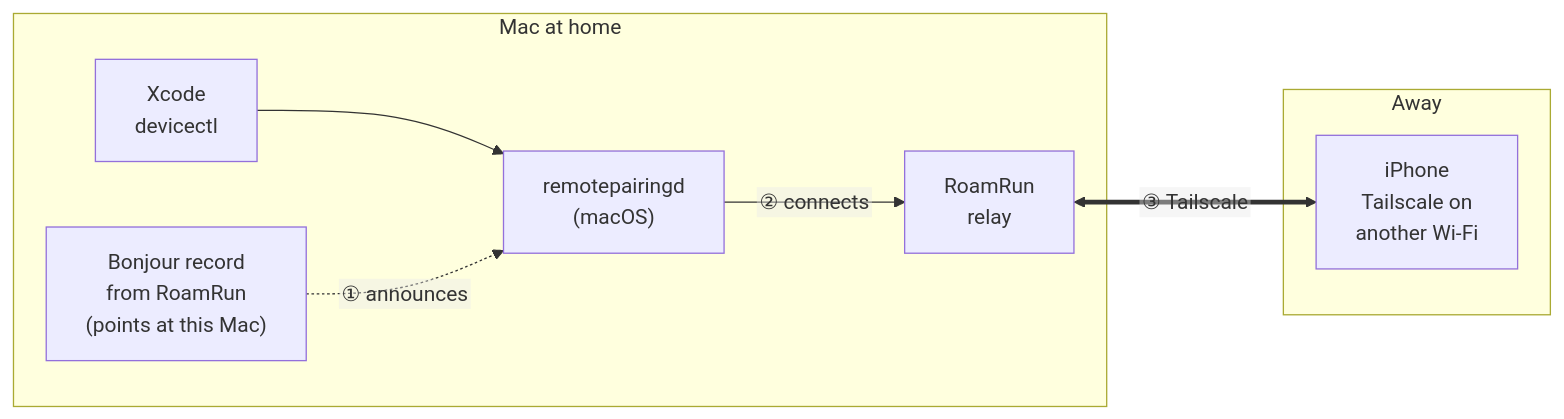
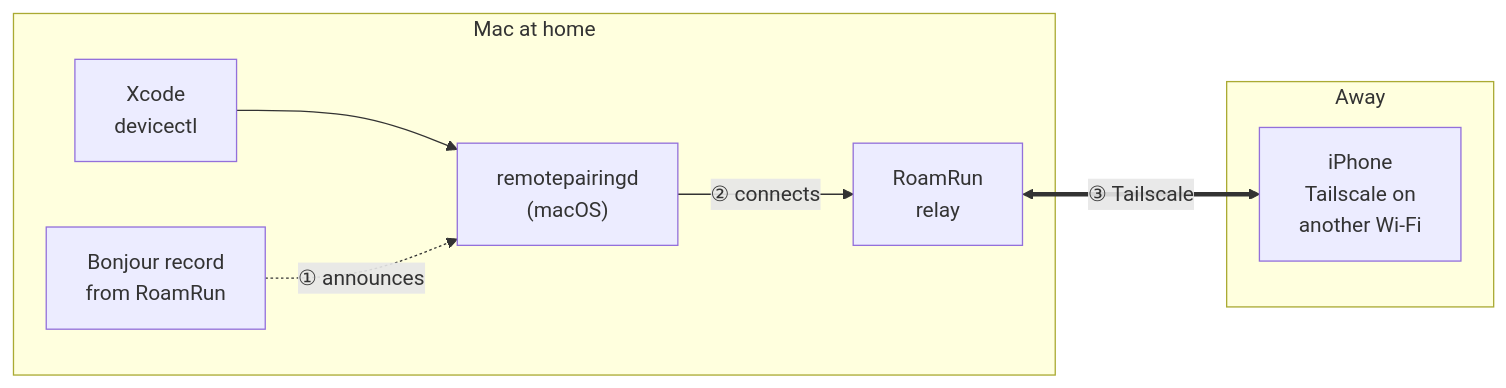
Before and after one commit to mh-mobile/RoamRun: the diagram in README.md, drawn with Mermaid. The commit also changed 3 other files, not shown here.

First line of the commit message:
README, How it works: the shared diagram with short labels

````diff
--- a/README.md
+++ b/README.md
@@ -27,13 +27,12 @@
 ```mermaid
-%%{init: {"flowchart": {"htmlLabels": false}}}%%
 flowchart LR
   subgraph mac["Mac at home"]
     xcode["Xcode<br/>devicectl"] --> rpd["remotepairingd<br/>(macOS)"]
-    fake["Bonjour record<br/>from RoamRun<br/>(points at this Mac)"] -. "① announces" .-> rpd
+    fake["Bonjour record<br/>from RoamRun"] -. "① announces" .-> rpd
     rpd -- "② connects" --> relay["RoamRun<br/>relay"]
   end
   subgraph away["Away"]
     iphone["iPhone<br/>Tailscale on<br/>another Wi-Fi"]
   end
   relay <== "③ Tailscale" ==> iphone
 ```
````
